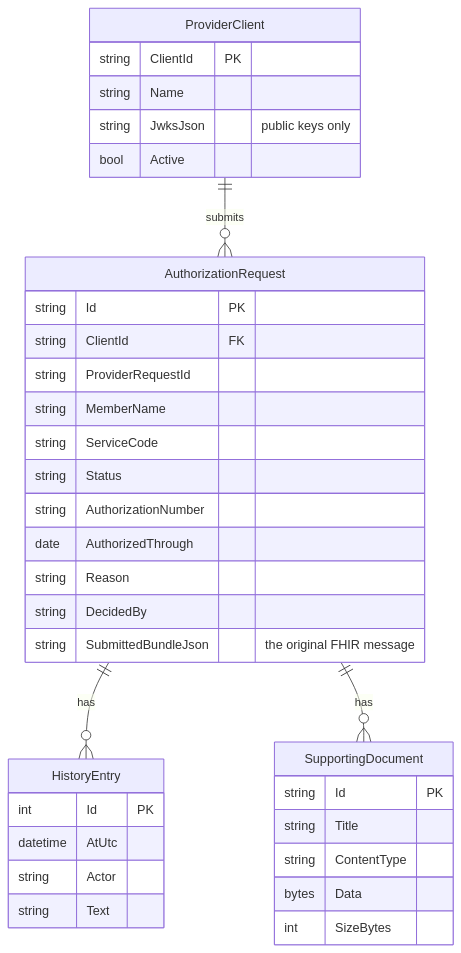
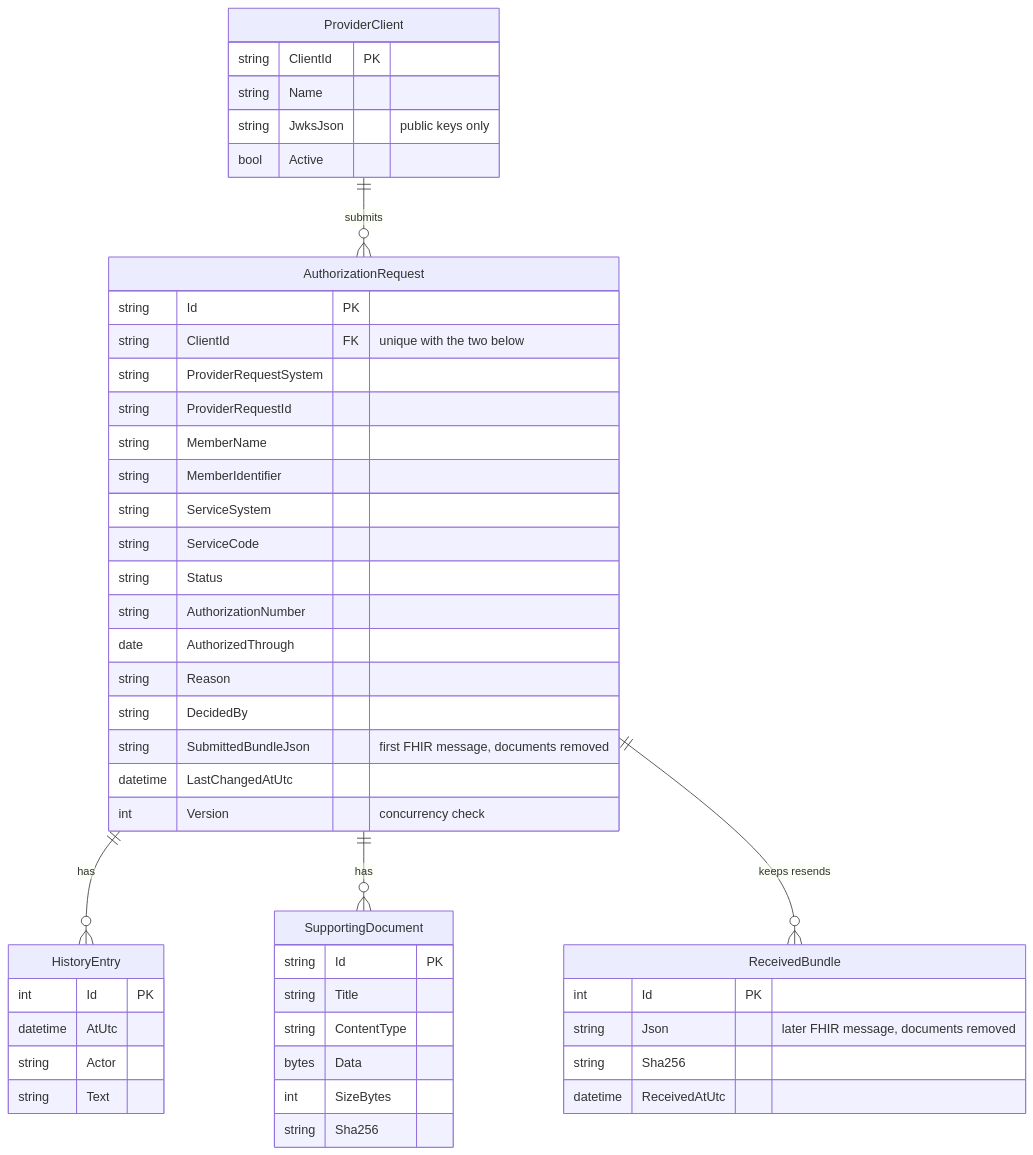
The fifth of 8 diagrams in docs/architecture.md (tngo0508/prior-auth-api), drawn with Mermaid before and after one commit. The commit also changed other lines of this file and 13 other files, not shown here.

````diff
--- a/docs/architecture.md
+++ b/docs/architecture.md
@@ -174,38 +179,51 @@
 ```mermaid
 erDiagram
     ProviderClient ||--o{ AuthorizationRequest : submits
     AuthorizationRequest ||--o{ HistoryEntry : has
     AuthorizationRequest ||--o{ SupportingDocument : has
+    AuthorizationRequest ||--o{ ReceivedBundle : "keeps resends"
     ProviderClient {
         string ClientId PK
         string Name
         string JwksJson "public keys only"
         bool Active
     }
     AuthorizationRequest {
         string Id PK
-        string ClientId FK
+        string ClientId FK "unique with the two below"
+        string ProviderRequestSystem
         string ProviderRequestId
         string MemberName
+        string MemberIdentifier
+        string ServiceSystem
         string ServiceCode
         string Status
         string AuthorizationNumber
         date AuthorizedThrough
         string Reason
         string DecidedBy
-        string SubmittedBundleJson "the original FHIR message"
+        string SubmittedBundleJson "first FHIR message, documents removed"
+        datetime LastChangedAtUtc
+        int Version "concurrency check"
     }
     HistoryEntry {
         int Id PK
         datetime AtUtc
         string Actor
         string Text
     }
     SupportingDocument {
         string Id PK
         string Title
         string ContentType
         bytes Data
         int SizeBytes
+        string Sha256
+    }
+    ReceivedBundle {
+        int Id PK
+        string Json "later FHIR message, documents removed"
+        string Sha256
+        datetime ReceivedAtUtc
     }
 ```
````
